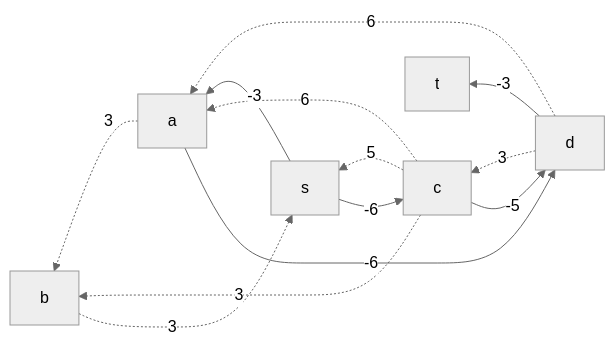
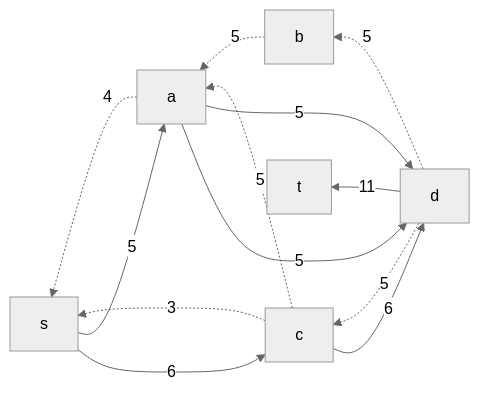
The sixth of 8 diagrams in task-10/python-gang.md (hse-algo-24-crow/manual-tasks-crow), drawn with Mermaid (neutral theme) before and after one commit. The commit also changed other lines of this file, not shown here.

````diff
--- a/task-10/python-gang.md
+++ b/task-10/python-gang.md
@@ -107,10 +127,15 @@
 ```mermaid
 graph RL
-    d-.->|3|c-.->|5|s
-    d-.->|6|a-.->|3|b-.->|3|s
-    s-->|-3|a-->|-6|d-->|-3|t
-    c-.->|6|a
-    c-.->|3|b
-    c-->|-5|d
-    s-->|-6|c
+    d-.->|5|c
+    d-.->|5|b
+    a-->|5|d
+    b-.->|5|a
+    c-.->|5|a
+    a-.->|4|s
+    s-->|5|a
+    a-->|5|d
+    s-->|6|c
+    c-.->|3|s
+    c-->|6|d
+    d-->|11|t
 ```
````
